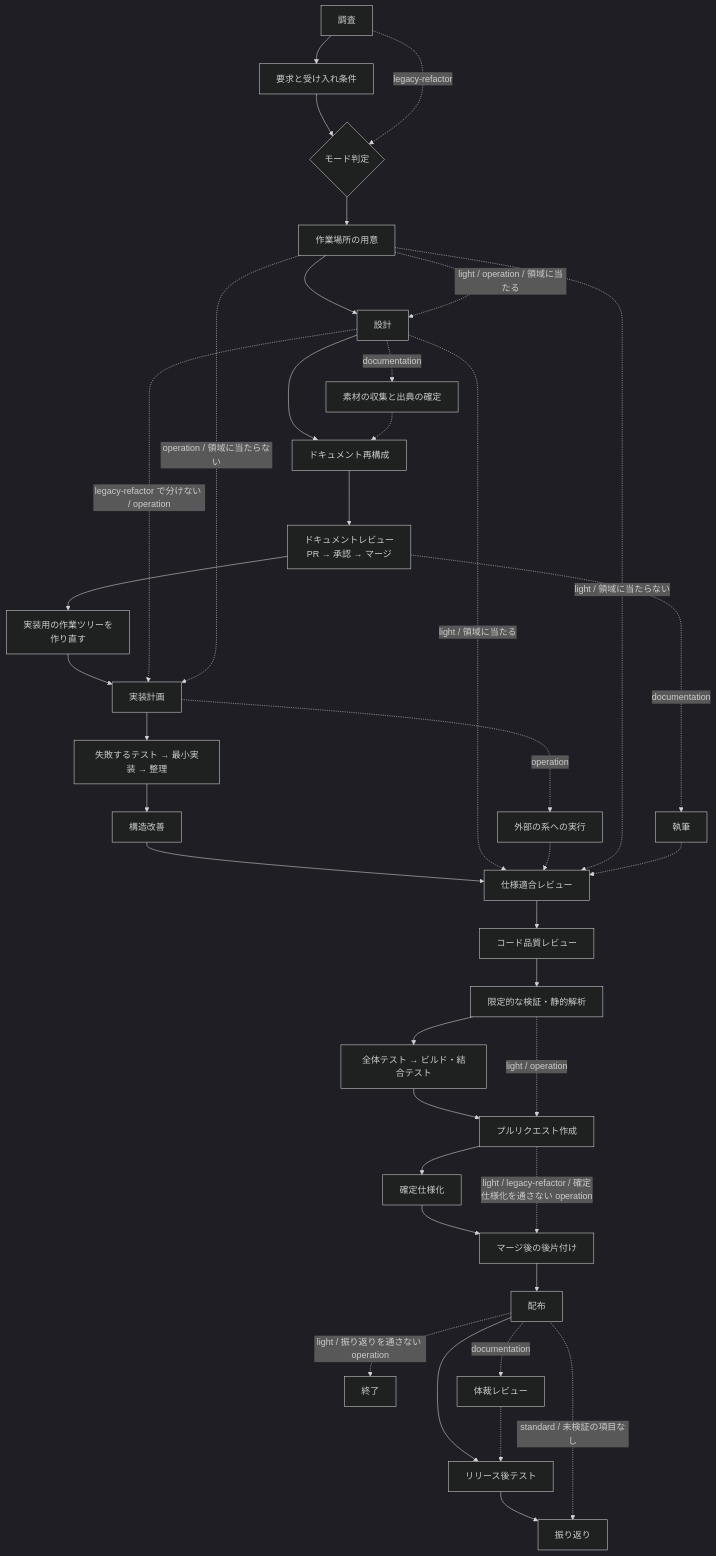
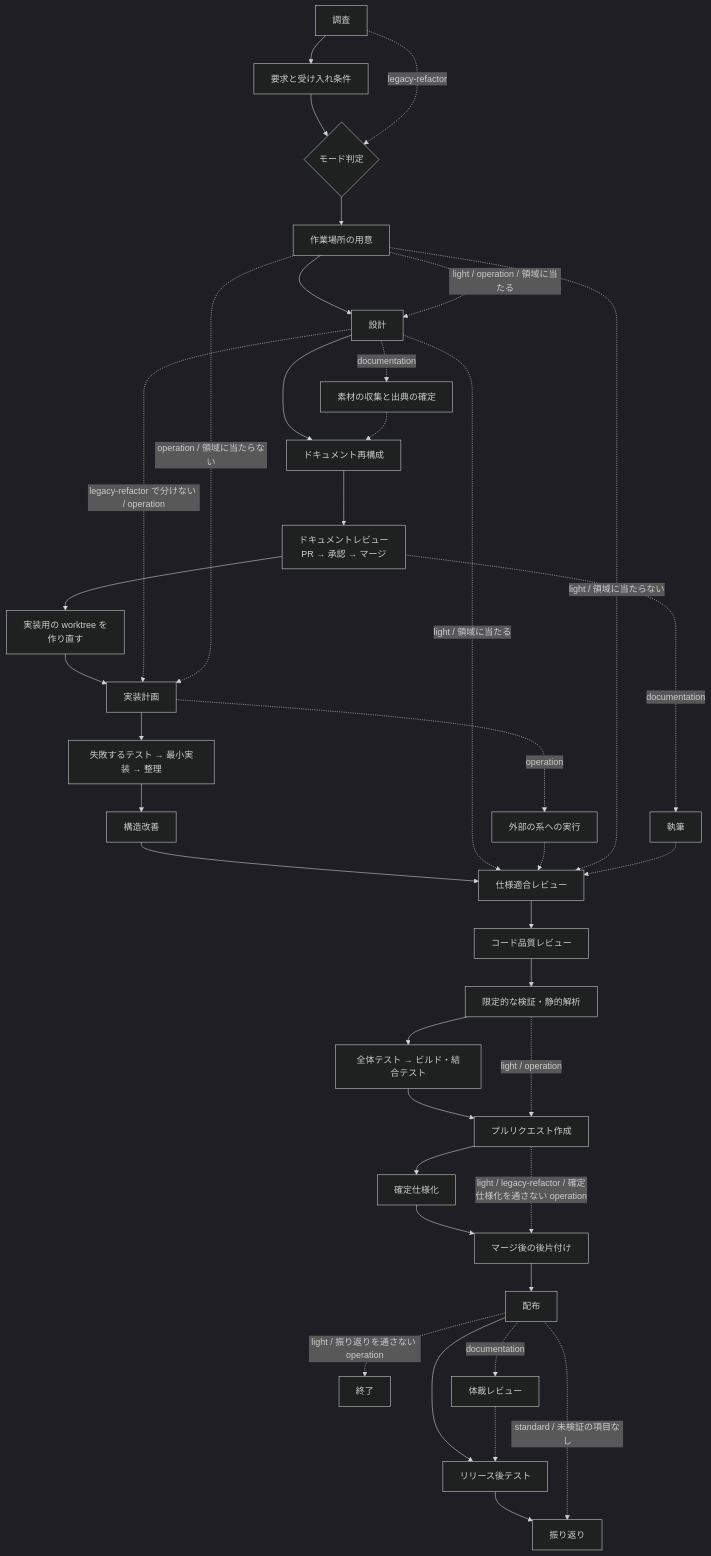
Before and after one commit to devbasex/ai-plugins: the diagram in plugins/ndf/skills/development-workflow/SKILL.md, drawn with Mermaid (dark theme). The commit also changed other lines of this file, not shown here.

````diff
--- a/plugins/ndf/skills/development-workflow/SKILL.md
+++ b/plugins/ndf/skills/development-workflow/SKILL.md
@@ -380,41 +380,41 @@
 ```mermaid
 flowchart TD
     A[調査] --> B[要求と受け入れ条件]
     B --> D{モード判定}
     D --> S[作業場所の用意]
     S --> C[設計]
     C --> DR[ドキュメント再構成]
     DR --> F[ドキュメントレビュー<br/>PR → 承認 → マージ]
-    F --> W[実装用の作業ツリーを<br/>作り直す]
+    F --> W[実装用の worktree を<br/>作り直す]
     W --> G[実装計画]
     G --> H[失敗するテスト → 最小実装 → 整理]
     H --> R[構造改善]
     R --> I[仕様適合レビュー]
     I --> J[コード品質レビュー]
     J --> K[限定的な検証・静的解析]
     K --> N[全体テスト → ビルド・結合テスト]
     N --> L[プルリクエスト作成]
     L --> M[確定仕様化]
     M --> P[マージ後の後片付け]
     P --> RL[配布]
     RL --> Q[リリース後テスト]
     Q --> T[振り返り]
     RL -.->|standard / 未検証の項目なし| T
     A -.->|legacy-refactor| D
     C -.->|"legacy-refactor で分けない / operation"| G
     C -.->|"light / 領域に当たる"| I
     S -.->|"operation / 領域に当たらない"| G
     S -.->|"light / operation / 領域に当たる"| C
     G -.->|operation| X[外部の系への実行]
     X -.-> I
     S -.->|"light / 領域に当たらない"| I
     K -.->|light / operation| L
     L -.->|light / legacy-refactor / 確定仕様化を通さない operation| P
     RL -.->|light / 振り返りを通さない operation| Z[終了]
     C -.->|documentation| SR[素材の収集と出典の確定]
     SR -.-> DR
     F -.->|documentation| DW[執筆]
     DW -.-> I
     RL -.->|documentation| LR[体裁レビュー]
     LR -.-> Q
 ```
````
